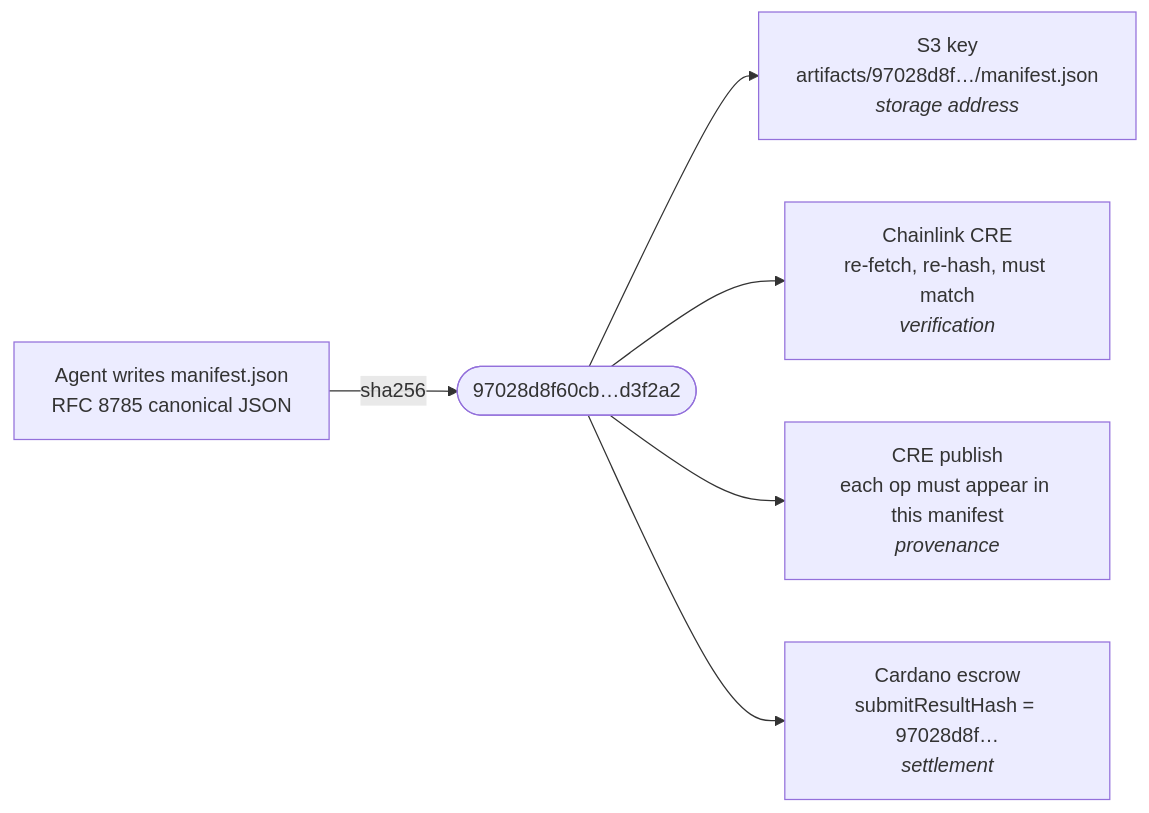
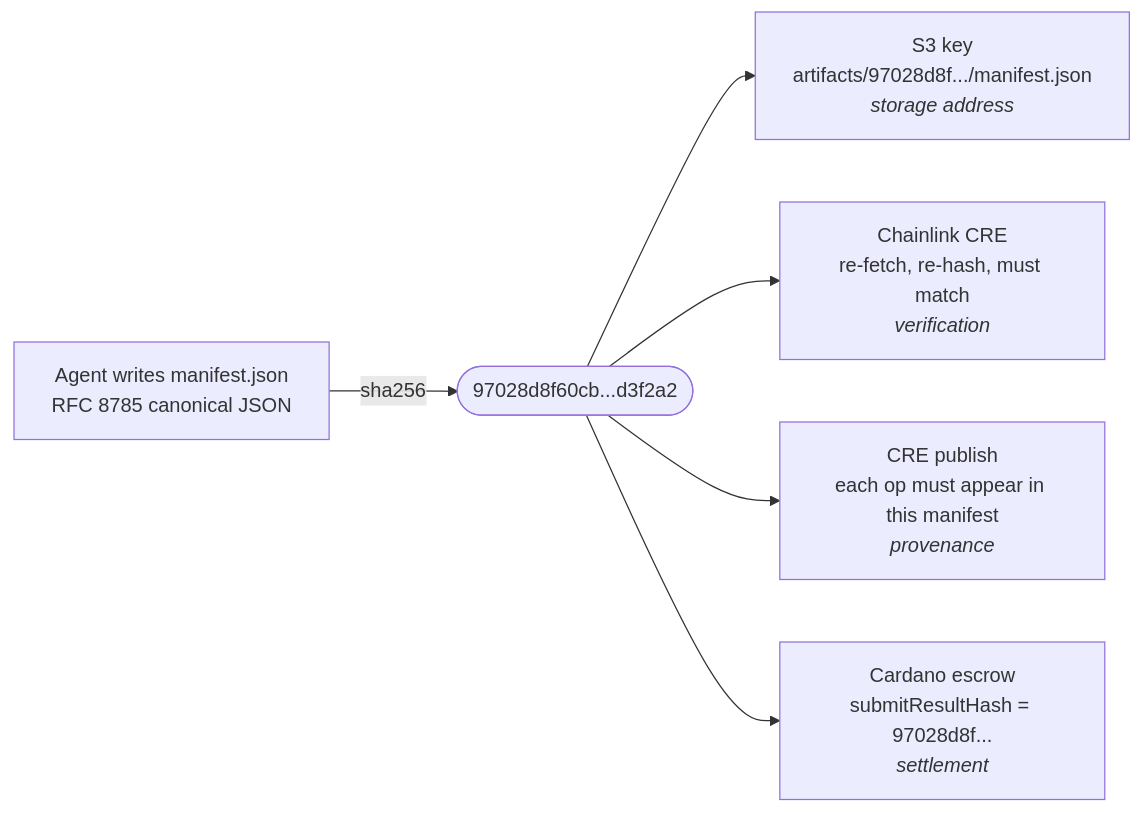
One commit to Marshal-AM/Uplift changed the seventh of 15 diagrams in README.md. Above: the diagram before and after it, drawn with Mermaid. The commit also changed other lines of this file, not shown here.

First line of the commit message:
README: Uplift on Cardano, Shopify and Google Ads, with on-chain proof

````diff
--- a/README.md
+++ b/README.md
@@ -573,8 +516,8 @@
 ```mermaid
 flowchart LR
-  A["Agent writes manifest.json<br/>RFC 8785 canonical JSON"] -->|sha256| H(["97028d8f60cb…d3f2a2"])
-  H --> S3["S3 key<br/>artifacts/97028d8f…/manifest.json<br/><i>storage address</i>"]
+  A["Agent writes manifest.json<br/>RFC 8785 canonical JSON"] -->|sha256| H(["97028d8f60cb...d3f2a2"])
+  H --> S3["S3 key<br/>artifacts/97028d8f.../manifest.json<br/><i>storage address</i>"]
   H --> V["Chainlink CRE<br/>re-fetch, re-hash, must match<br/><i>verification</i>"]
   H --> P["CRE publish<br/>each op must appear in this manifest<br/><i>provenance</i>"]
-  H --> C["Cardano escrow<br/>submitResultHash = 97028d8f…<br/><i>settlement</i>"]
+  H --> C["Cardano escrow<br/>submitResultHash = 97028d8f...<br/><i>settlement</i>"]
 ```
````
